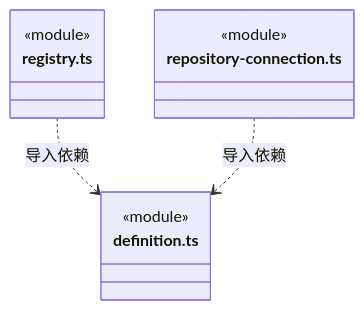
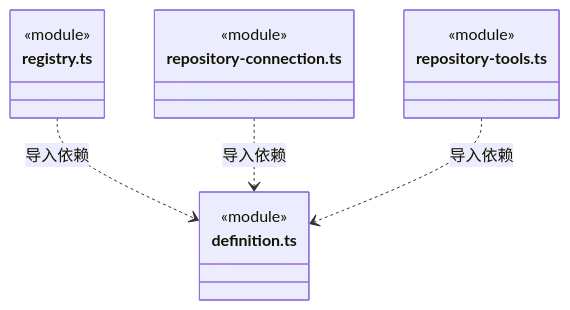
Diagram 11 of 11 in src/backend/core/connectors/ARCHITECTURE.md (nan023062/cbim), drawn with Mermaid before and after one commit. The commit also changed other lines of this file and 62 other files, not shown here.

````diff
--- a/src/backend/core/connectors/ARCHITECTURE.md
+++ b/src/backend/core/connectors/ARCHITECTURE.md
@@ -197,14 +248,18 @@
 ```mermaid
 classDiagram
 class N_src_backend_core_connectors_registry_ts["registry.ts"] {
   <<module>>
 }
 class N_src_backend_core_connectors_definition_ts["definition.ts"] {
   <<module>>
 }
 class N_src_backend_core_connectors_repository_connection_ts["repository-connection.ts"] {
   <<module>>
 }
+class N_src_backend_core_connectors_repository_tools_ts["repository-tools.ts"] {
+  <<module>>
+}
 N_src_backend_core_connectors_registry_ts ..> N_src_backend_core_connectors_definition_ts : 导入依赖
 N_src_backend_core_connectors_repository_connection_ts ..> N_src_backend_core_connectors_definition_ts : 导入依赖
+N_src_backend_core_connectors_repository_tools_ts ..> N_src_backend_core_connectors_definition_ts : 导入依赖
 ```
````
